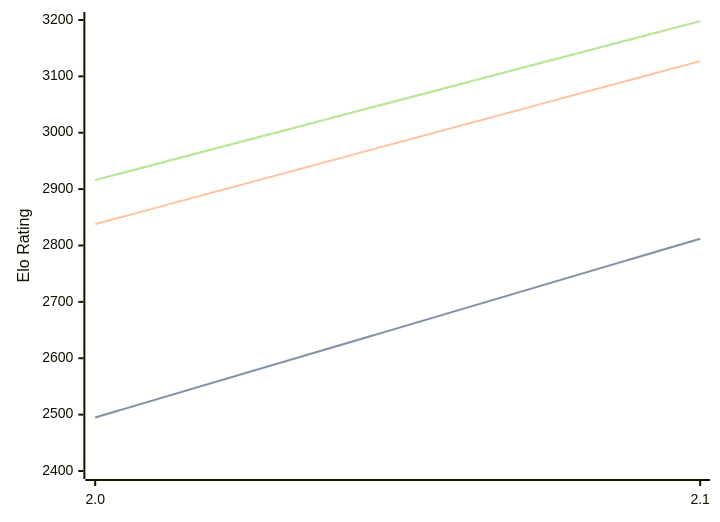
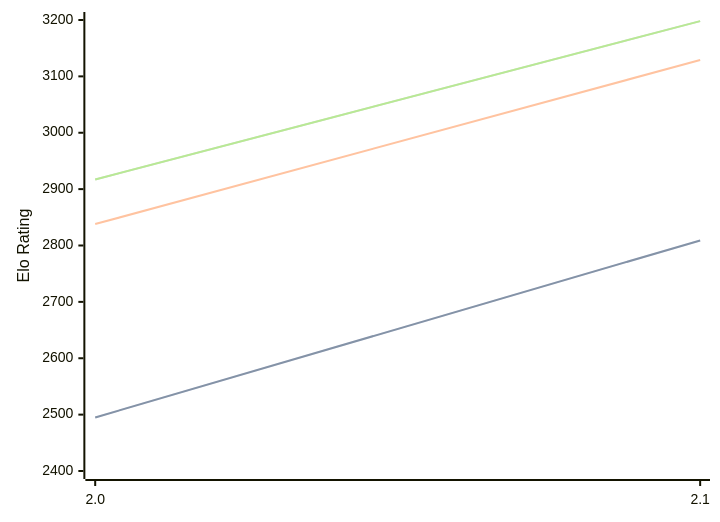
Before and after one commit to computer-chess-index/cci: the third of 3 diagrams in engines/Tunguska.md, drawn with Mermaid. The commit also changed other lines of this file, not shown here.

Commit message:
Update CCI Ratings (ELO VLTC) - 2026-07-02

````diff
--- a/engines/Tunguska.md
+++ b/engines/Tunguska.md
@@ -65,11 +65,11 @@
 ```mermaid
 %%{init: {"theme":"base","themeVariables":{"seriesColors:['#a3a3a3','#222221','#faa371']}}}%%
 xychart-beta
   x-axis ["2.0", "2.1"]
   y-axis "Elo Rating" 2400 --> 3200
-  line "STC (8.0+0.08s)" [2495, 2812]
-  line "STC (8.0+0.08s)" [2495, 2812]
-  line "LTC (60.0+0.60s)" [2838, 3127]
-  line "VLTC (2m24s+1.12s)" [2916, 3198]
-  line "VLTC (2m24s+1.12s)" [2916, 3198]
+  line "STC (8.0+0.08s)" [2495, 2809]
+  line "STC (8.0+0.08s)" [2495, 2809]
+  line "LTC (60.0+0.60s)" [2838, 3129]
+  line "VLTC (2m24s+1.12s)" [2917, 3198]
+  line "VLTC (2m24s+1.12s)" [2917, 3198]
 ```
````
